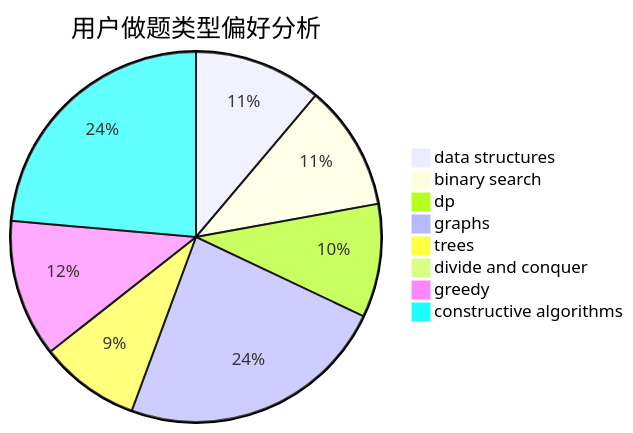
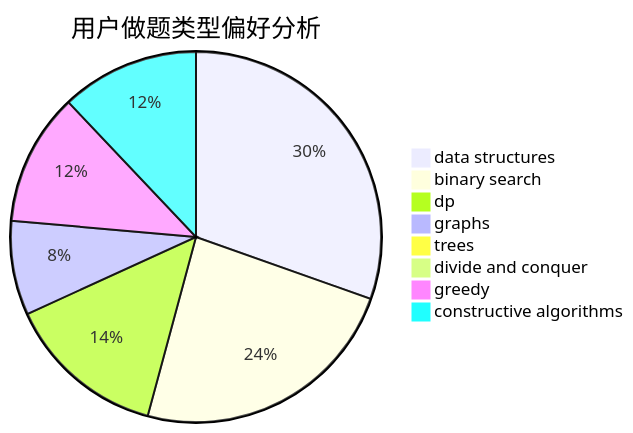
The second of 3 diagrams in docs/user/u1542.md (sherpahu/cfrs.github.io), drawn with Mermaid before and after one commit. The commit also changed other lines of this file and 2770 other files, not shown here.

````diff
--- a/docs/user/u1542.md
+++ b/docs/user/u1542.md
@@ -23,11 +23,11 @@
 ```mermaid
 pie title 用户做题类型偏好分析
-    "data structures" :  106
-    "binary search" :  104
-    "dp" :  94
-    "graphs" :  224
-    "trees" :  83
+    "data structures" :  174
+    "binary search" :  136
+    "dp" :  80
+    "graphs" :  47
+    "trees" :  0
     "divide and conquer" :  0
-    "greedy" :  114
-    "constructive algorithms" :  224
+    "greedy" :  66
+    "constructive algorithms" :  69
 ```
````
